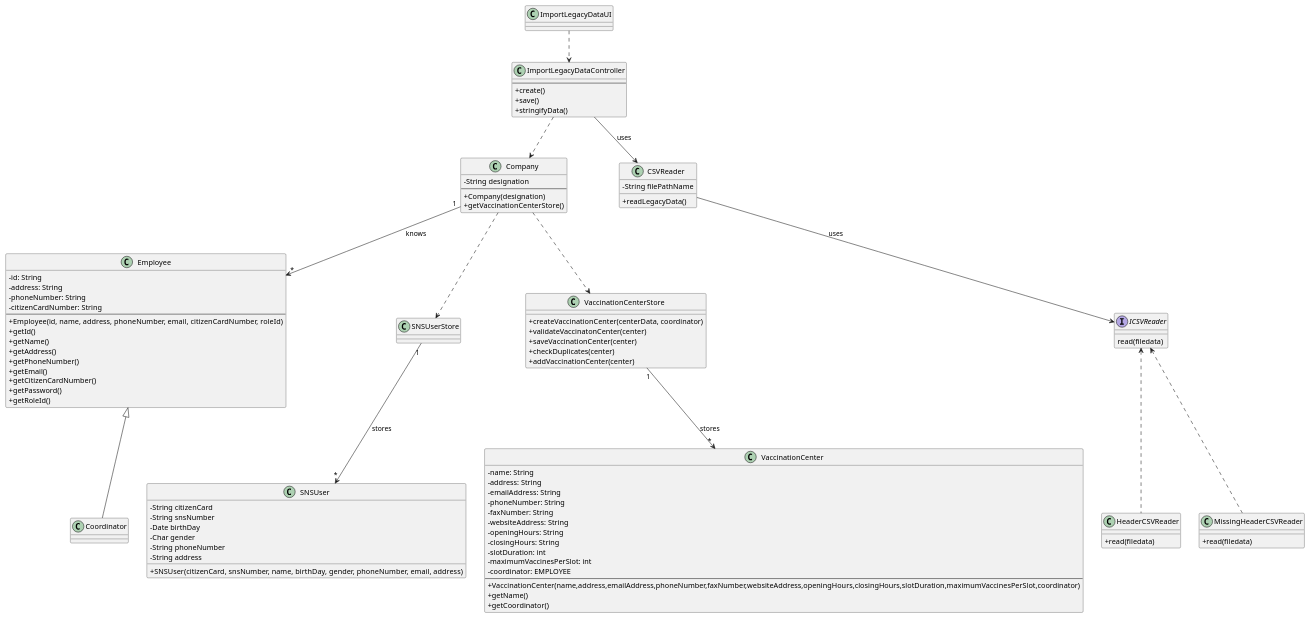
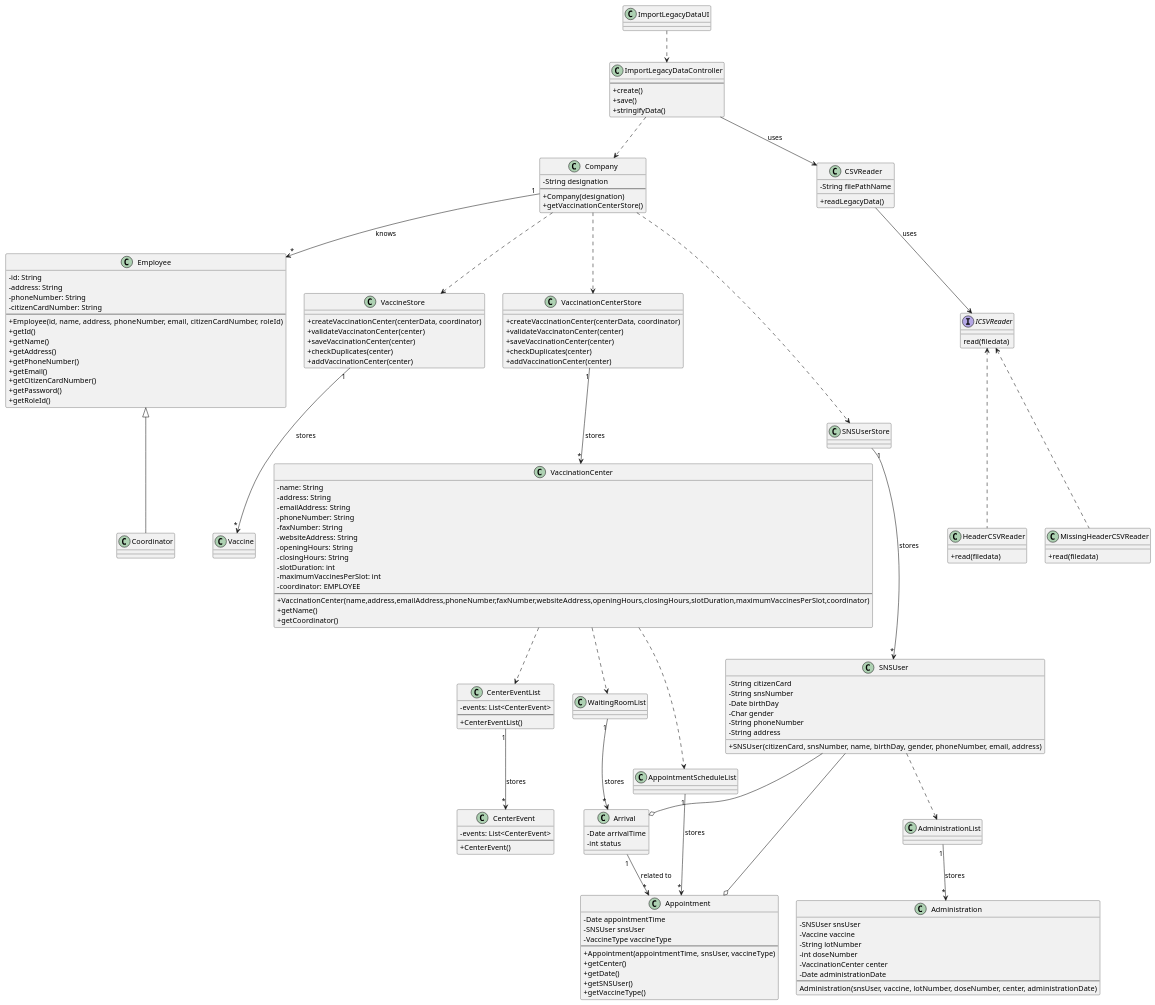
Before and after one commit to miseEnPlace-i/lapr2: the diagram in docs/SprintD/US17/CD/US17_CD.puml, drawn with PlantUML. The commit also changed 3 other files, not shown here.

```diff
--- a/docs/SprintD/US17/CD/US17_CD.puml
+++ b/docs/SprintD/US17/CD/US17_CD.puml
@@ -1,117 +1,191 @@
 @startuml US17_CD
 skinparam classAttributeIconSize 0
+
+class Appointment {
+  - Date appointmentTime
+  - SNSUser snsUser
+  - VaccineType vaccineType
+  ---
+  + Appointment(appointmentTime, snsUser, vaccineType)
+  + getCenter()
+  + getDate()
+  + getSNSUser()
+  + getVaccineType()
+}
+
+class AppointmentScheduleList {}
+
+class Administration {
+  - SNSUser snsUser
+  - Vaccine vaccine
+  - String lotNumber
+  - int doseNumber
+  - VaccinationCenter center
+  - Date administrationDate
+  ---
+  Administration(snsUser, vaccine, lotNumber, doseNumber, center, administrationDate)
+}
+
+class AdministrationList {}
+
+class Arrival {
+  - Date arrivalTime
+  - int status
+}
+
+class CenterEventList {
+  - events: List<CenterEvent>
+  ---
+  + CenterEventList()
+}
+
+class CenterEvent {
+  - events: List<CenterEvent>
+  ---
+  + CenterEvent()
+}
 
 class Company {
   - String designation
   ---
   + Company(designation)
   + getVaccinationCenterStore()
 }
 
 class Coordinator {}
 
 class CSVReader {
   - String filePathName
 
   + readLegacyData()
 }
 
 interface ICSVReader{
   read(filedata)
 }
 
 class HeaderCSVReader { 
   + read(filedata)
 }
 
 class MissingHeaderCSVReader{
   + read(filedata)
 }
 
 class Employee {
   - id: String
   - address: String
   - phoneNumber: String
   - citizenCardNumber: String
   ---
   + Employee(id, name, address, phoneNumber, email, citizenCardNumber, roleId)
   + getId()
   + getName()
   + getAddress()
   + getPhoneNumber()
   + getEmail()
   + getCitizenCardNumber()
   + getPassword()
   + getRoleId()
 }
 
 class ImportLegacyDataUI {}
 
 class ImportLegacyDataController {
   ---
   + create()
   + save()
   + stringifyData()
 }
 
 class SNSUser {
   - String citizenCard
   - String snsNumber
   - Date birthDay
   - Char gender
   - String phoneNumber
   - String address
   + SNSUser(citizenCard, snsNumber, name, birthDay, gender, phoneNumber, email, address)
 }
 
 class SNSUserStore {}
 
 class VaccinationCenter {
   - name: String
   - address: String
   - emailAddress: String
   - phoneNumber: String
   - faxNumber: String
   - websiteAddress: String
   - openingHours: String
   - closingHours: String
   - slotDuration: int
   - maximumVaccinesPerSlot: int
   - coordinator: EMPLOYEE
   ---
   + VaccinationCenter(name,address,emailAddress,phoneNumber,faxNumber,websiteAddress,openingHours,closingHours,slotDuration,maximumVaccinesPerSlot,coordinator)
   + getName()
   + getCoordinator()
 }
 
 class VaccinationCenterStore {
   + createVaccinationCenter(centerData, coordinator)
   + validateVaccinatonCenter(center)
   + saveVaccinationCenter(center)
   + checkDuplicates(center)
   + addVaccinationCenter(center)
 }
 
+class VaccineStore {
+  + createVaccinationCenter(centerData, coordinator)
+  + validateVaccinatonCenter(center)
+  + saveVaccinationCenter(center)
+  + checkDuplicates(center)
+  + addVaccinationCenter(center)
+}
+
+class Vaccine {}
+
+
+AdministrationList "1" --> "*" Administration : stores
+
+Arrival "1" --> "*" Appointment : related to
 
 Company ..> SNSUserStore
 Company ..> VaccinationCenterStore
+Company ..> VaccineStore
 Company "1" --> "*" Employee : knows
 
 CSVReader --> ICSVReader : uses
 
 Employee <|-- Coordinator
 
 ICSVReader <.. MissingHeaderCSVReader
 ICSVReader <.. HeaderCSVReader
 
 ImportLegacyDataController ..> Company
 
 ImportLegacyDataController --> CSVReader : uses
 
 ImportLegacyDataUI ..> ImportLegacyDataController
 
+SNSUser ..> AdministrationList
+SNSUser --o Appointment
+SNSUser --o Arrival
+
 SNSUserStore "1" --> "*" SNSUser : stores
+
+VaccinationCenter ..> AppointmentScheduleList
+VaccinationCenter ..> CenterEventList
+VaccinationCenter ..> WaitingRoomList
+
+AppointmentScheduleList "1" --> "*" Appointment : stores
+CenterEventList "1" --> "*" CenterEvent : stores
 
 VaccinationCenterStore "1" --> "*" VaccinationCenter : stores
 
+VaccineStore "1" --> "*" Vaccine : stores
+
+WaitingRoomList "1" --> "*" Arrival : stores
+
 @enduml
```
